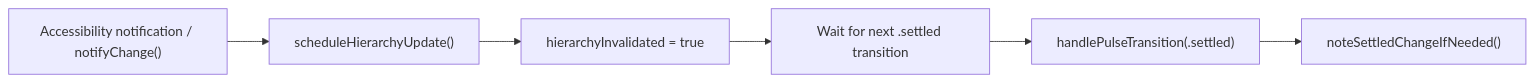
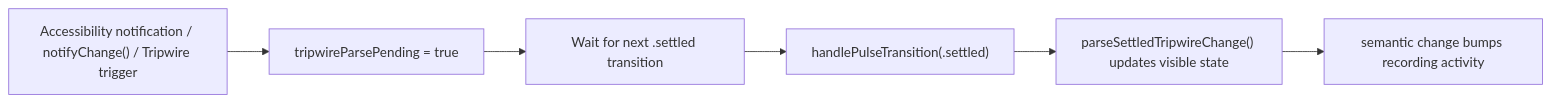
One commit to RoyalPineapple/TheButtonHeist changed the fifth of 6 diagrams in docs/dossiers/06-THEINSIDEJOB.md. Above: the diagram before and after it, drawn with Mermaid. The commit also changed other lines of this file and 79 other files, not shown here.

````diff
--- a/docs/dossiers/06-THEINSIDEJOB.md
+++ b/docs/dossiers/06-THEINSIDEJOB.md
@@ -179,8 +181,8 @@
 ```mermaid
 flowchart LR
-    AX["Accessibility notification / notifyChange()"] --> Schedule["scheduleHierarchyUpdate()"]
-    Schedule --> SetFlag["hierarchyInvalidated = true"]
+    AX["Accessibility notification / notifyChange() / Tripwire trigger"] --> SetFlag["tripwireParsePending = true"]
     SetFlag --> Wait["Wait for next .settled transition"]
     Wait --> Pulse["handlePulseTransition(.settled)"]
-    Pulse --> Track["noteSettledChangeIfNeeded()"]
+    Pulse --> Parse["parseSettledTripwireChange() updates visible state"]
+    Parse --> Track["semantic change bumps recording activity"]
 ```
````
